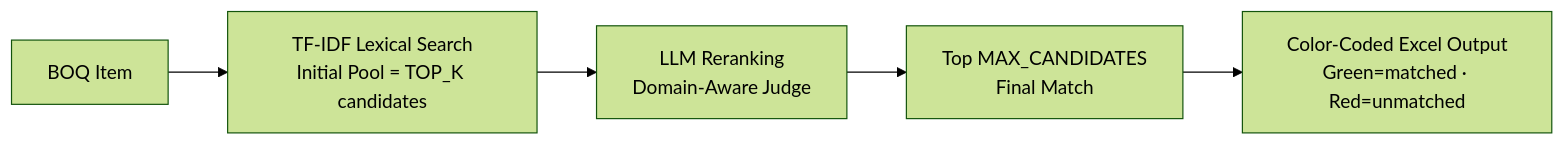
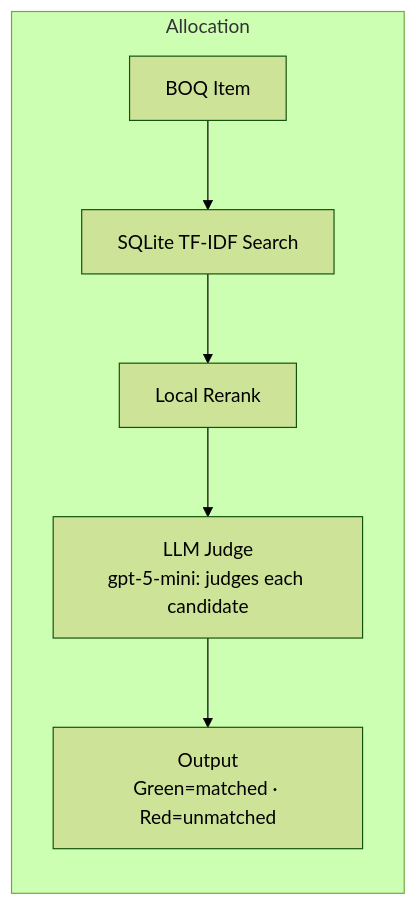
One commit to mahmoudayoub/mabani changed the second of 6 diagrams in docs/ARCHITECTURE-BOQ.md. Above: the diagram before and after it, drawn with Mermaid (forest theme). The commit also changed other lines of this file and 7 other files, not shown here.

Commit message:
Update deployment documentation, enhance architecture diagrams, and upgrade OpenAI model references

````diff
--- a/docs/ARCHITECTURE-BOQ.md
+++ b/docs/ARCHITECTURE-BOQ.md
@@ -198,7 +114,9 @@
 ```mermaid
-flowchart LR
-    A[BOQ Item] --> B[TF-IDF Lexical Search<br/>Initial Pool = TOP_K candidates]
-    B --> C[LLM Reranking<br/>Domain-Aware Judge]
-    C --> D[Top MAX_CANDIDATES<br/>Final Match]
-    D --> E[Color-Coded Excel Output<br/>Green=matched · Red=unmatched]
+graph LR
+    subgraph "Allocation"
+        A[BOQ Item] --> B[SQLite TF-IDF Search<br/>]
+        B --> C[Local Rerank<br/>]
+        C --> D[LLM Judge<br/>gpt-5-mini: judges each candidate]
+        D --> E[Output<br/>Green=matched · Red=unmatched]
+    end
 ```
````
